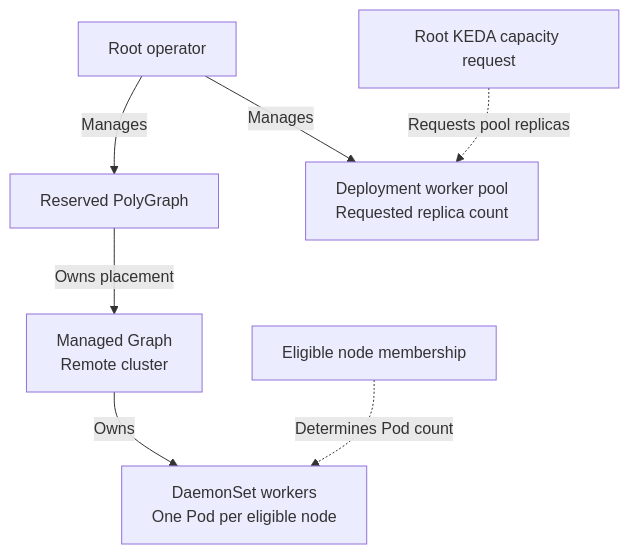
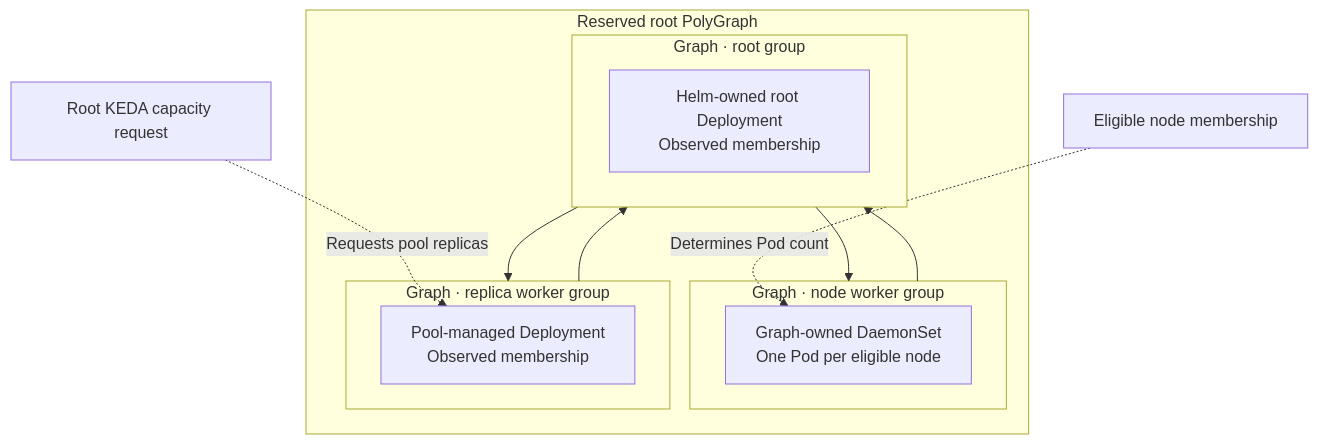
One commit to astrivant/polyad changed the sixth of 6 diagrams in docs/graphs/cheeger-orchestration.md. Above: the diagram before and after it, drawn with Mermaid. The commit also changed other lines of this file and 23 other files, not shown here.

````diff
--- a/docs/graphs/cheeger-orchestration.md
+++ b/docs/graphs/cheeger-orchestration.md
@@ -205,14 +315,22 @@
 ```mermaid
 flowchart TB
-    root["Root operator"]
-    poly["Reserved PolyGraph"]
-    remote["Managed Graph<br/>Remote cluster"]
-    daemon["DaemonSet workers<br/>One Pod per eligible node"]
+    subgraph poly["Reserved root PolyGraph"]
+        subgraph rootGroup["Graph · root group"]
+            root["Helm-owned root Deployment<br/>Observed membership"]
+        end
+        subgraph remote["Graph · node worker group"]
+            daemon["Graph-owned DaemonSet<br/>One Pod per eligible node"]
+        end
+        subgraph replicas["Graph · replica worker group"]
+            pool["Pool-managed Deployment<br/>Observed membership"]
+        end
+        rootGroup --> remote
+        remote --> rootGroup
+        rootGroup --> replicas
+        replicas --> rootGroup
+    end
     nodes["Eligible node membership"]
-    pool["Deployment worker pool<br/>Requested replica count"]
     keda["Root KEDA capacity request"]
-    root -->|"Manages"| poly -->|"Owns placement"| remote -->|"Owns"| daemon
     nodes -. "Determines Pod count" .-> daemon
-    root -->|"Manages"| pool
     keda -. "Requests pool replicas" .-> pool
 ```
````
